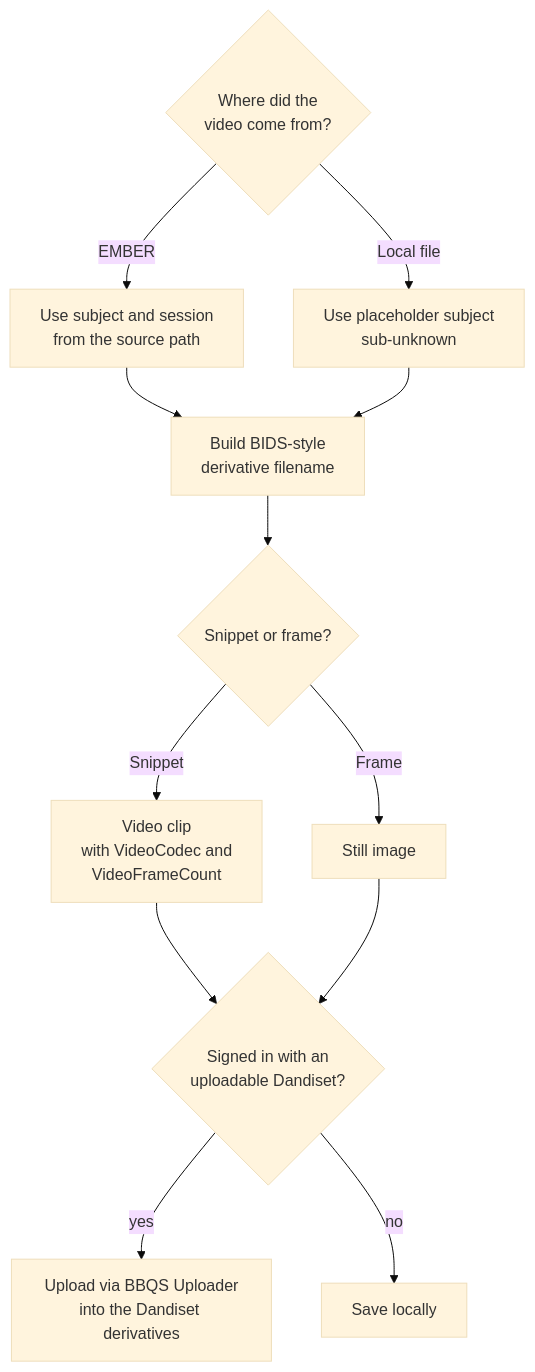
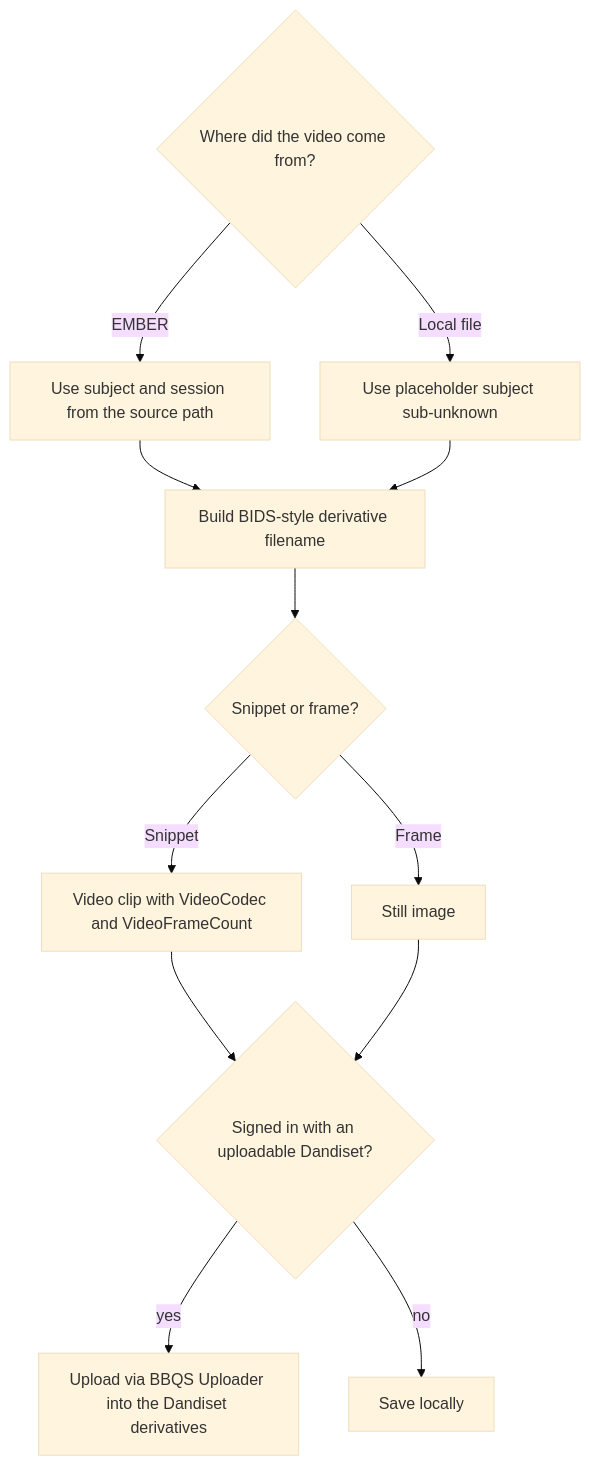
Before and after one commit to CodyCBakerPhD/BBQS-EMBER-docs: the ninth of 15 diagrams in user-stories/clip-extractor.md, drawn with Mermaid (base theme). The commit also changed other lines of this file and 1 other file, not shown here.

First line of the commit message:
Drop manual line breaks from Mermaid labels; add agent instructions

````diff
--- a/user-stories/clip-extractor.md
+++ b/user-stories/clip-extractor.md
@@ -305,15 +305,15 @@
 ```mermaid
 flowchart TD
-    S{Where did the<br/>video come from?}
-    S -- EMBER --> E1[Use subject and session<br/>from the source path]
-    S -- Local file --> L1[Use placeholder subject<br/>sub-unknown]
-    E1 --> N[Build BIDS-style<br/>derivative filename]
+    S{Where did the video come from?}
+    S -- EMBER --> E1[Use subject and session from the source path]
+    S -- Local file --> L1[Use placeholder subject sub-unknown]
+    E1 --> N[Build BIDS-style derivative filename]
     L1 --> N
     N --> T{Snippet or frame?}
-    T -- Snippet --> V[Video clip<br/>with VideoCodec and<br/>VideoFrameCount]
+    T -- Snippet --> V[Video clip with VideoCodec and VideoFrameCount]
     T -- Frame --> I[Still image]
-    V --> D{Signed in with an<br/>uploadable Dandiset?}
+    V --> D{Signed in with an uploadable Dandiset?}
     I --> D
-    D -- yes --> UP[Upload via BBQS Uploader<br/>into the Dandiset derivatives]
+    D -- yes --> UP[Upload via BBQS Uploader into the Dandiset derivatives]
     D -- no --> SV[Save locally]
 ```
````
